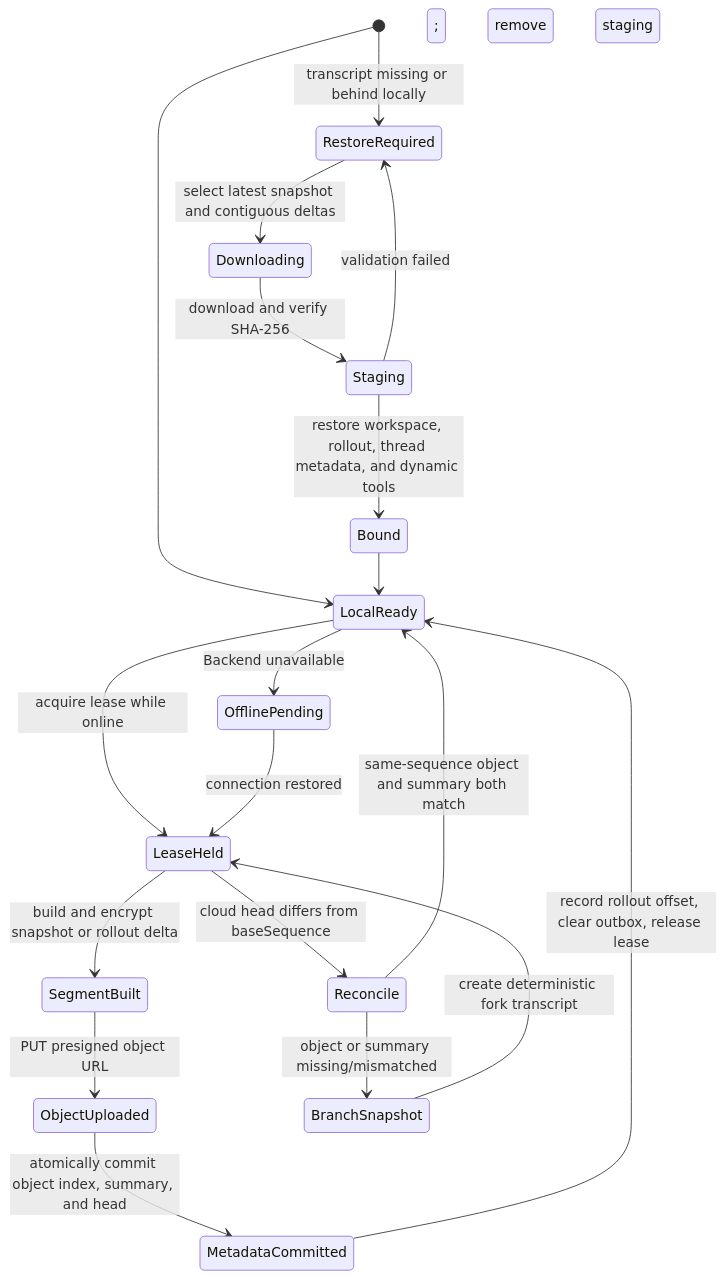
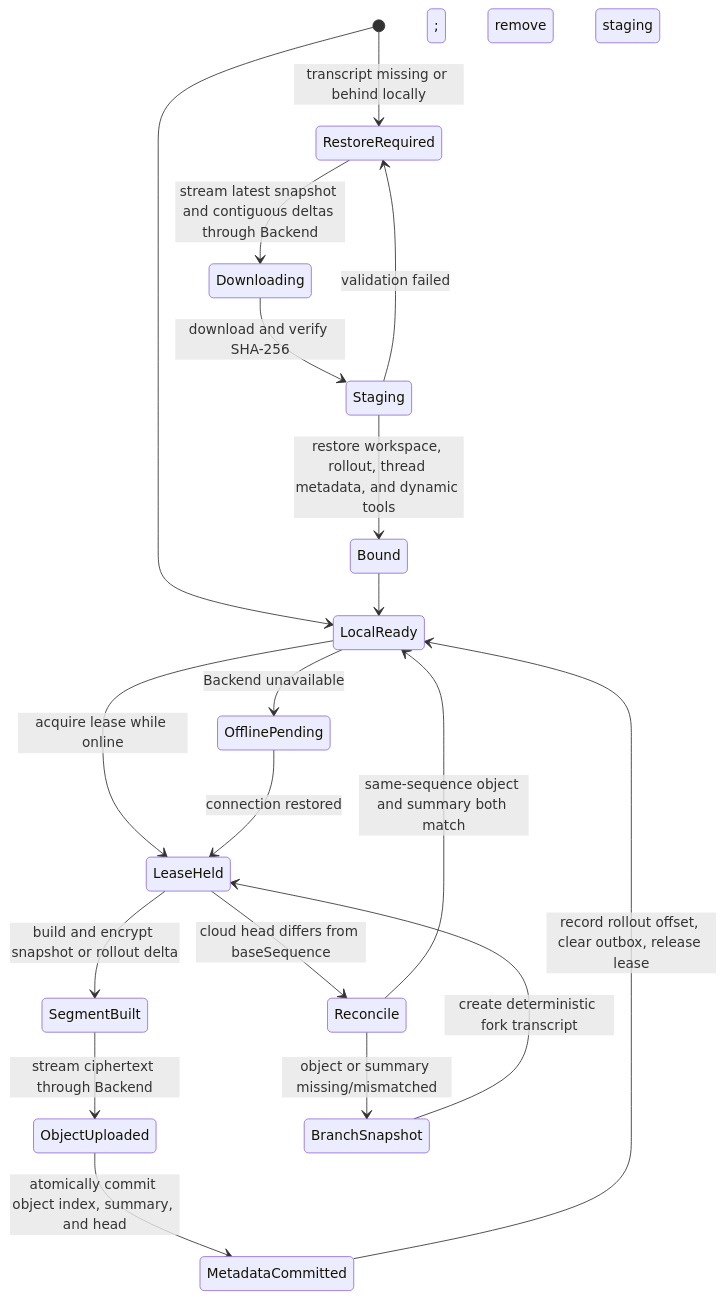
The diagram in docs/wework/developer-guide/wework-transcript-sync.md (wecode-ai/wegent-docs), drawn with Mermaid before and after one commit. The commit also changed other lines of this file and 1 other file, not shown here.

````diff
--- a/docs/wework/developer-guide/wework-transcript-sync.md
+++ b/docs/wework/developer-guide/wework-transcript-sync.md
@@ -76,23 +81,23 @@
 ```mermaid
 stateDiagram-v2
     [*] --> LocalReady
     LocalReady --> LeaseHeld: acquire lease while online
     LocalReady --> OfflinePending: Backend unavailable
     OfflinePending --> LeaseHeld: connection restored
     LeaseHeld --> SegmentBuilt: build and encrypt snapshot or rollout delta
-    SegmentBuilt --> ObjectUploaded: PUT presigned object URL
+    SegmentBuilt --> ObjectUploaded: stream ciphertext through Backend
     ObjectUploaded --> MetadataCommitted: atomically commit object index, summary, and head
     MetadataCommitted --> LocalReady: record rollout offset, clear outbox, release lease
 
     LeaseHeld --> Reconcile: cloud head differs from baseSequence
     Reconcile --> LocalReady: same-sequence object and summary both match
     Reconcile --> BranchSnapshot: object or summary missing/mismatched
     BranchSnapshot --> LeaseHeld: create deterministic fork transcript
 
     [*] --> RestoreRequired: transcript missing or behind locally
-    RestoreRequired --> Downloading: select latest snapshot and contiguous deltas
+    RestoreRequired --> Downloading: stream latest snapshot and contiguous deltas through Backend
     Downloading --> Staging: download and verify SHA-256
     Staging --> Bound: restore workspace, rollout, thread metadata, and dynamic tools
     Staging --> RestoreRequired: validation failed; remove staging
     Bound --> LocalReady
 ```
````
